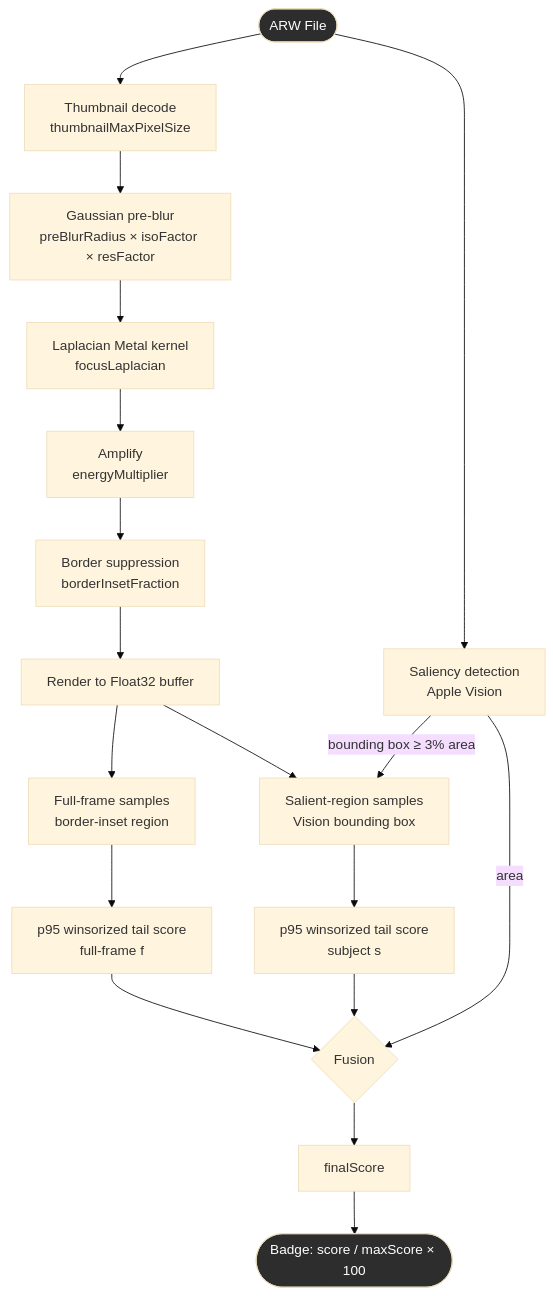
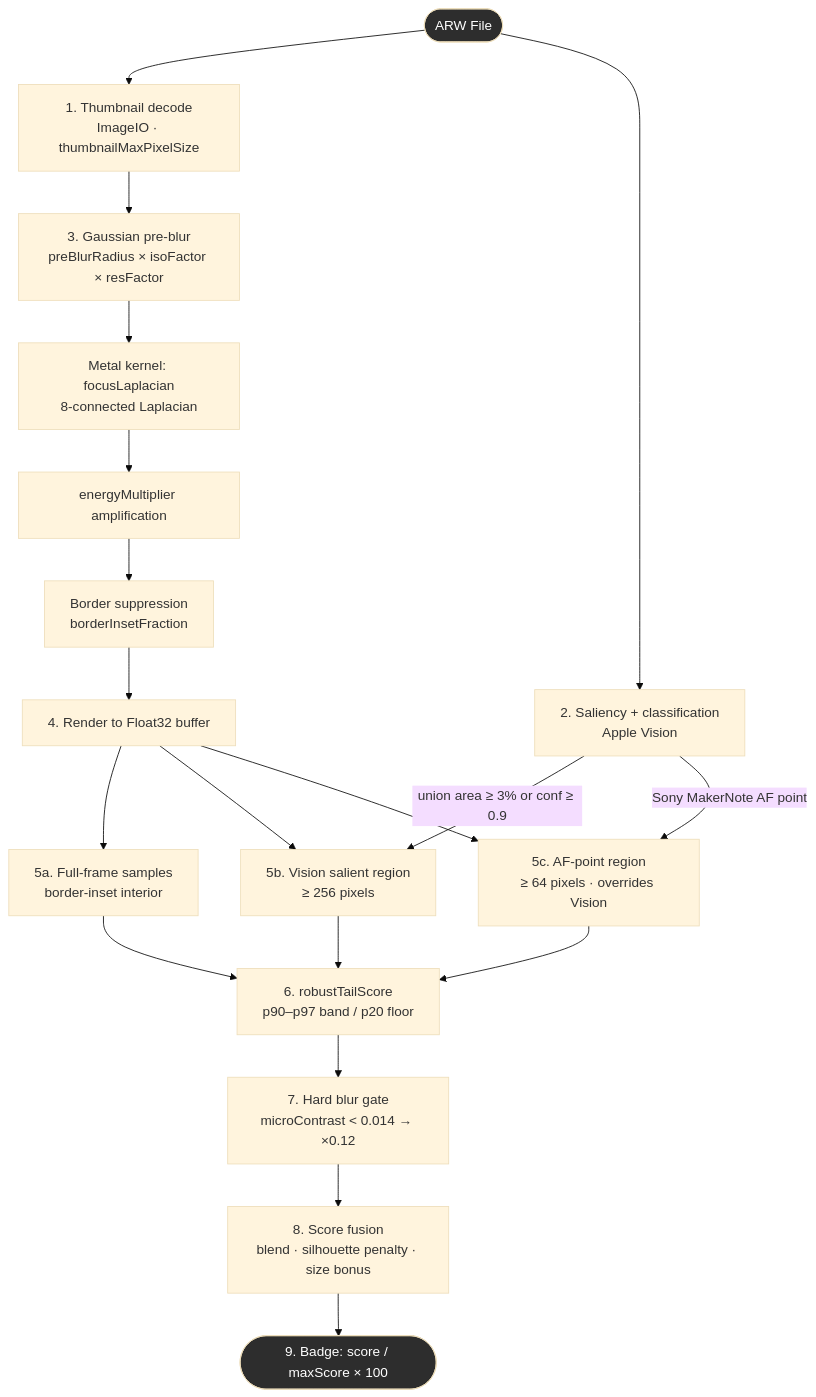
The second of 6 diagrams in content/en/docs/sharpnessscoring.md (rsyncOSX/TechDocRawcull), drawn with Mermaid (base theme) before and after one commit. The commit also changed other lines of this file and 4 other files, not shown here.

````diff
--- a/content/en/docs/sharpnessscoring.md
+++ b/content/en/docs/sharpnessscoring.md
@@ -19,28 +55,28 @@
 ```mermaid
 flowchart TD
-    A([ARW File]) --> B[Thumbnail decode\nthumbnailMaxPixelSize]
-    A --> C[Saliency detection\nApple Vision]
+    A([ARW File]) --> B[1. Thumbnail decode\nImageIO · thumbnailMaxPixelSize]
+    A --> C[2. Saliency + classification\nApple Vision]
 
-    B --> D[Gaussian pre-blur\npreBlurRadius × isoFactor × resFactor]
-    D --> E[Laplacian Metal kernel\nfocusLaplacian]
-    E --> F[Amplify\nenergyMultiplier]
+    B --> D[3. Gaussian pre-blur\npreBlurRadius × isoFactor × resFactor]
+    D --> E[Metal kernel: focusLaplacian\n8-connected Laplacian]
+    E --> F[energyMultiplier amplification]
     F --> G[Border suppression\nborderInsetFraction]
-    G --> H[Render to Float32 buffer]
+    G --> H[4. Render to Float32 buffer]
 
-    H --> I[Full-frame samples\nborder-inset region]
-    C -->|bounding box ≥ 3% area| J[Salient-region samples\nVision bounding box]
+    H --> I[5a. Full-frame samples\nborder-inset interior]
+    C -->|union area ≥ 3% or conf ≥ 0.9| J[5b. Vision salient region\n≥ 256 pixels]
     H --> J
+    C -->|Sony MakerNote AF point| K[5c. AF-point region\n≥ 64 pixels · overrides Vision]
+    H --> K
 
-    I --> K[p95 winsorized tail score\nfull-frame  f]
-    J --> L[p95 winsorized tail score\nsubject  s]
+    I --> L[6. robustTailScore\np90–p97 band / p20 floor]
+    J --> L
+    K --> L
 
-    K --> M{Fusion}
-    L --> M
-    C -->|area| M
-
-    M --> N[finalScore]
-    N --> O([Badge: score / maxScore × 100])
+    L --> M[7. Hard blur gate\nmicroContrast < 0.014 → ×0.12]
+    M --> N[8. Score fusion\nblend · silhouette penalty · size bonus]
+    N --> O([9. Badge: score / maxScore × 100])
 
     style A fill:#2d2d2d,color:#fff
     style O fill:#2d2d2d,color:#fff
 ```
````
